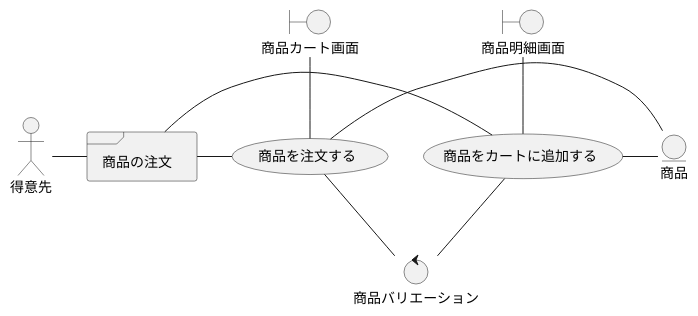
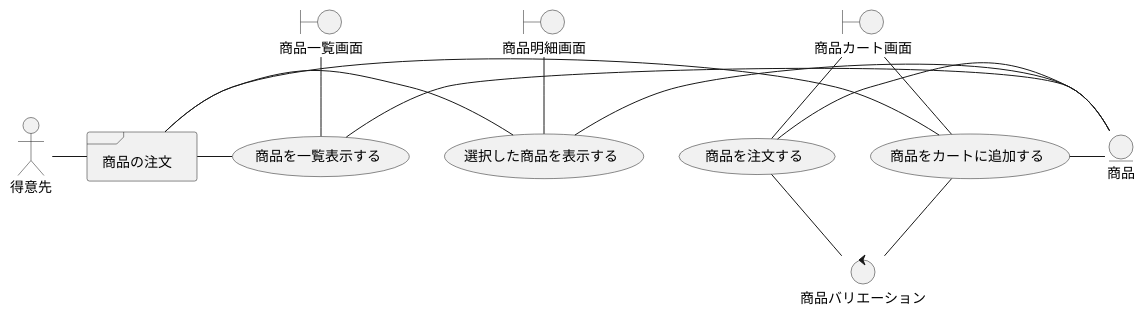
Before and after one commit to k2works/application_programing_excercise_2022: diagram 21 of 32 in docs/index.adoc, drawn with PlantUML. The commit also changed other lines of this file, not shown here.

Commit message:
docs: ユースケース複合図

```diff
--- a/docs/index.adoc
+++ b/docs/index.adoc
@@ -718,22 +705,30 @@
 [plantuml]
 ----
 @startuml
 actor "得意先" as ac_01
 frame "商品の注文" as f01
-usecase "商品をカートに追加する" as UC1
-usecase "商品を注文する" as UC2
-boundary "商品明細画面" as b01
-boundary "商品カート画面" as b02
+usecase "商品を一覧表示する" as UC1
+usecase "選択した商品を表示する" as UC2
+usecase "商品をカートに追加する" as UC3
+usecase "商品を注文する" as UC4
+boundary "商品一覧画面" as b01
+boundary "商品明細画面" as b02
+boundary "商品カート画面" as b03
 entity "商品" as e01
 control "商品バリエーション" as c01
 
 ac_01 - f01
 f01 - UC1
 f01 - UC2
+f01 - UC3
 b01 -- UC1
 b02 -- UC2
+b03 -- UC3
+b03 -- UC4
 UC1 - e01
 UC2 - e01
-UC1 -- c01
-UC2 -- c01
+UC3 - e01
+UC4 - e01
+UC3 -- c01
+UC4 -- c01
 ----
```
